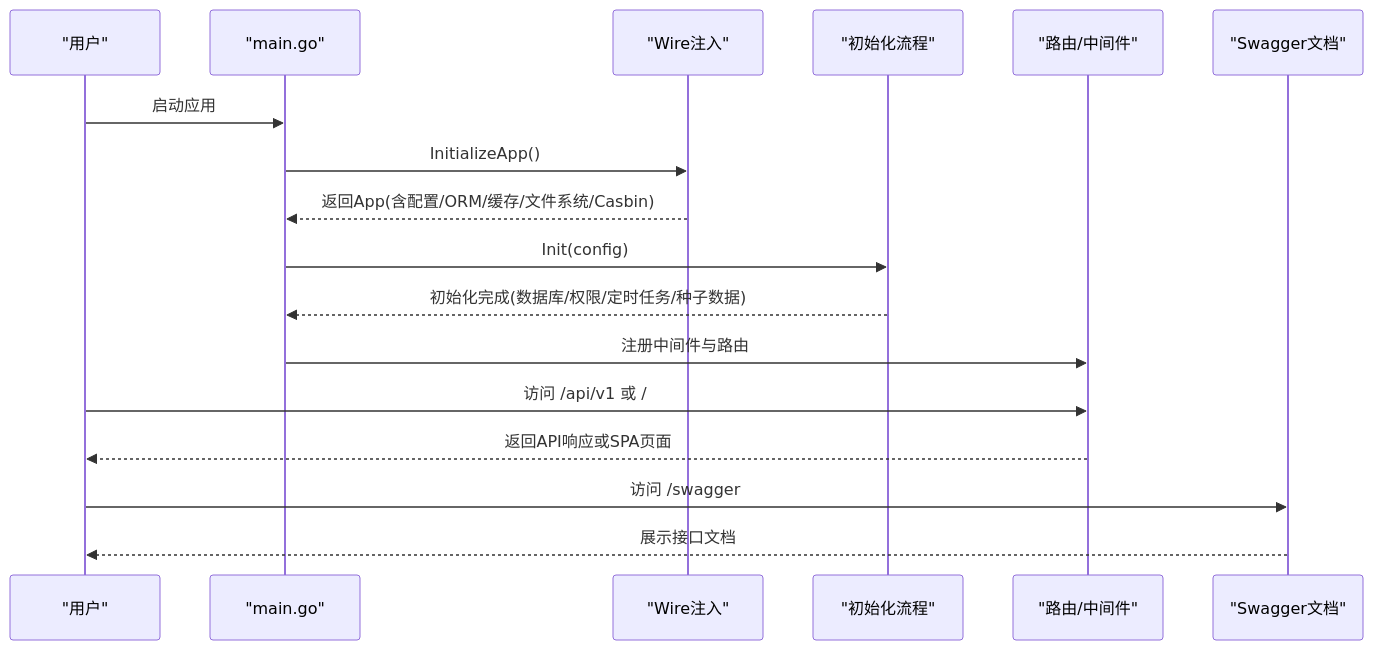
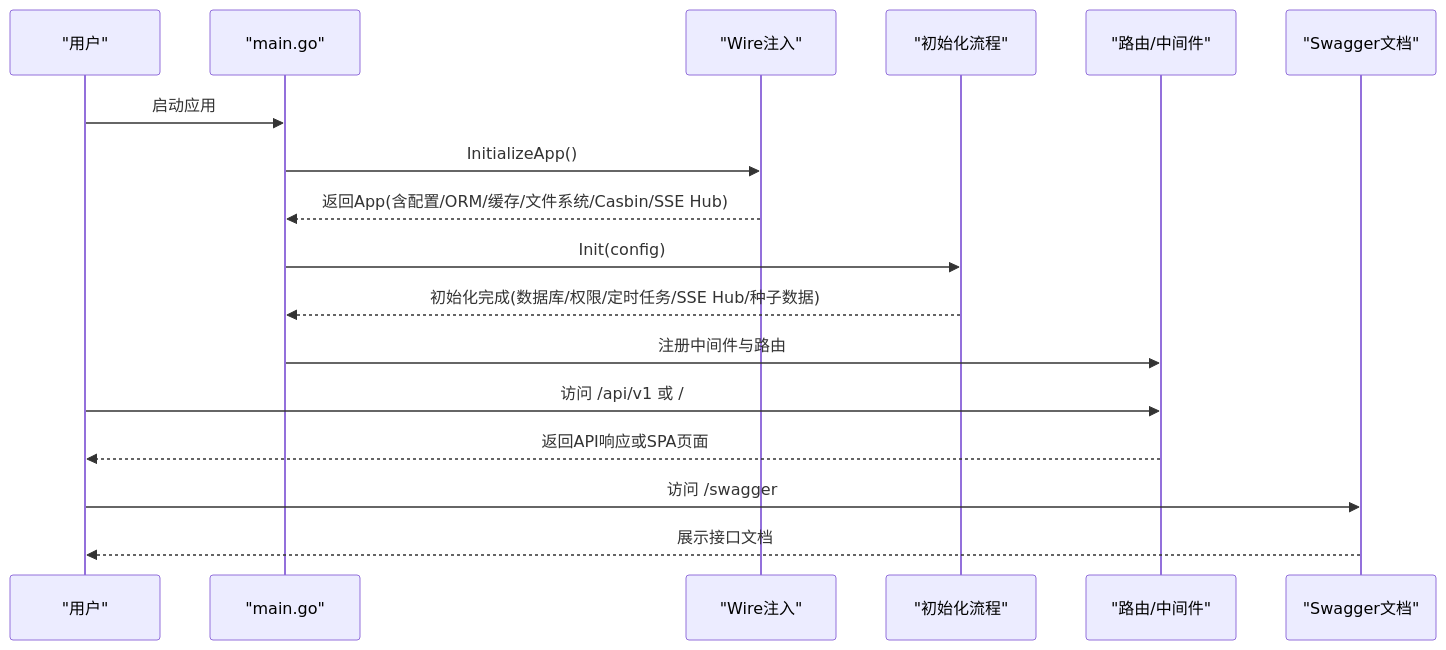
Before and after one commit to wuwuseo/e-sports-go-admin: the second of 5 diagrams in .qoder/repowiki/zh/content/项目概述/快速开始.md, drawn with Mermaid. The commit also changed other lines of this file and 42 other files, not shown here.

````diff
--- a/.qoder/repowiki/zh/content/项目概述/快速开始.md
+++ b/.qoder/repowiki/zh/content/项目概述/快速开始.md
@@ -76,19 +76,19 @@
 ```mermaid
 sequenceDiagram
 participant U as "用户"
 participant M as "main.go"
 participant W as "Wire注入"
 participant I as "初始化流程"
 participant R as "路由/中间件"
 participant S as "Swagger文档"
 U->>M : 启动应用
 M->>W : InitializeApp()
-W-->>M : 返回App(含配置/ORM/缓存/文件系统/Casbin)
+W-->>M : 返回App(含配置/ORM/缓存/文件系统/Casbin/SSE Hub)
 M->>I : Init(config)
-I-->>M : 初始化完成(数据库/权限/定时任务/种子数据)
+I-->>M : 初始化完成(数据库/权限/定时任务/SSE Hub/种子数据)
 M->>R : 注册中间件与路由
 U->>R : 访问 /api/v1 或 /
 R-->>U : 返回API响应或SPA页面
 U->>S : 访问 /swagger
 S-->>U : 展示接口文档
 ```
````
